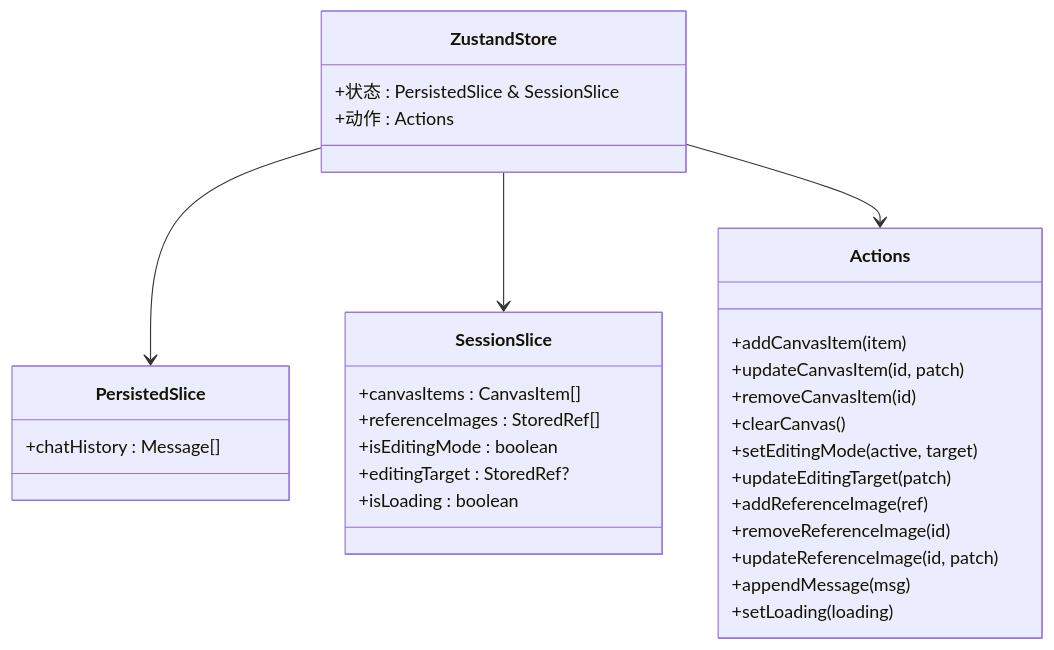
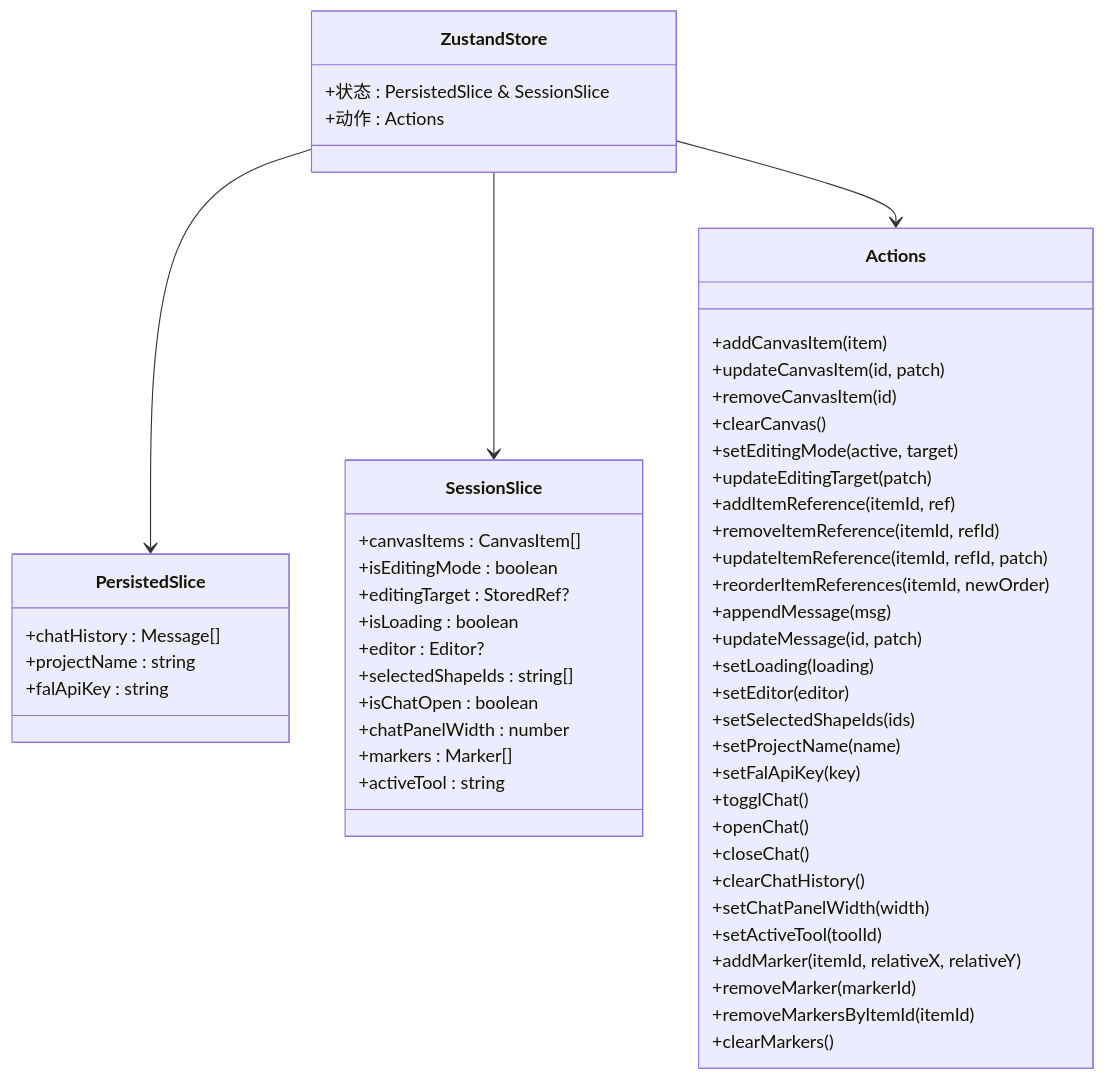
Before and after one commit to billye220670/BananaFlow2: the third of 12 diagrams in .qoder/repowiki/zh/content/核心功能模块/状态管理系统.md, drawn with Mermaid. The commit also changed other lines of this file and 7 other files, not shown here.

Commit message:
修复效果 auto 模式：FAL API 收到 'auto'，由模型自行决定最佳比例，生成后用实际宽高更新显示 指定比例（如 16:9、9:16 等）：正确传递，不再被覆盖为 1:1 占位图阶段：auto 时默认正方形占位，生成完成后自动更新为实际比例

````diff
--- a/.qoder/repowiki/zh/content/核心功能模块/状态管理系统.md
+++ b/.qoder/repowiki/zh/content/核心功能模块/状态管理系统.md
@@ -139,33 +152,56 @@
 ```mermaid
 classDiagram
 class PersistedSlice {
 +chatHistory : Message[]
++projectName : string
++falApiKey : string
 }
 class SessionSlice {
 +canvasItems : CanvasItem[]
-+referenceImages : StoredRef[]
 +isEditingMode : boolean
 +editingTarget : StoredRef?
 +isLoading : boolean
++editor : Editor?
++selectedShapeIds : string[]
++isChatOpen : boolean
++chatPanelWidth : number
++markers : Marker[]
++activeTool : string
 }
 class Actions {
 +addCanvasItem(item)
 +updateCanvasItem(id, patch)
 +removeCanvasItem(id)
 +clearCanvas()
 +setEditingMode(active, target)
 +updateEditingTarget(patch)
-+addReferenceImage(ref)
-+removeReferenceImage(id)
-+updateReferenceImage(id, patch)
++addItemReference(itemId, ref)
++removeItemReference(itemId, refId)
++updateItemReference(itemId, refId, patch)
++reorderItemReferences(itemId, newOrder)
 +appendMessage(msg)
++updateMessage(id, patch)
 +setLoading(loading)
++setEditor(editor)
++setSelectedShapeIds(ids)
++setProjectName(name)
++setFalApiKey(key)
++togglChat()
++openChat()
++closeChat()
++clearChatHistory()
++setChatPanelWidth(width)
++setActiveTool(toolId)
++addMarker(itemId, relativeX, relativeY)
++removeMarker(markerId)
++removeMarkersByItemId(itemId)
++clearMarkers()
 }
 class ZustandStore {
 +状态 : PersistedSlice & SessionSlice
 +动作 : Actions
 }
 ZustandStore --> PersistedSlice
 ZustandStore --> SessionSlice
 ZustandStore --> Actions
 ```
````
